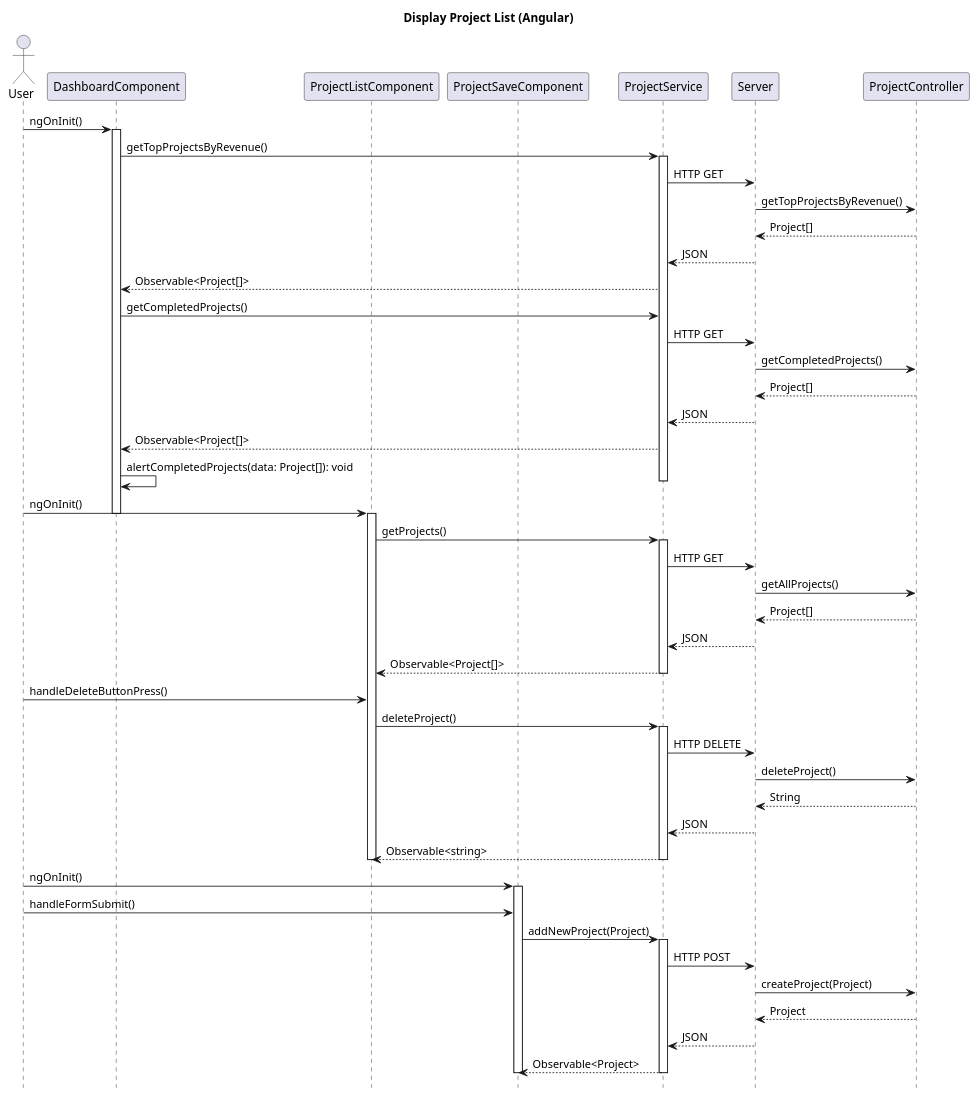
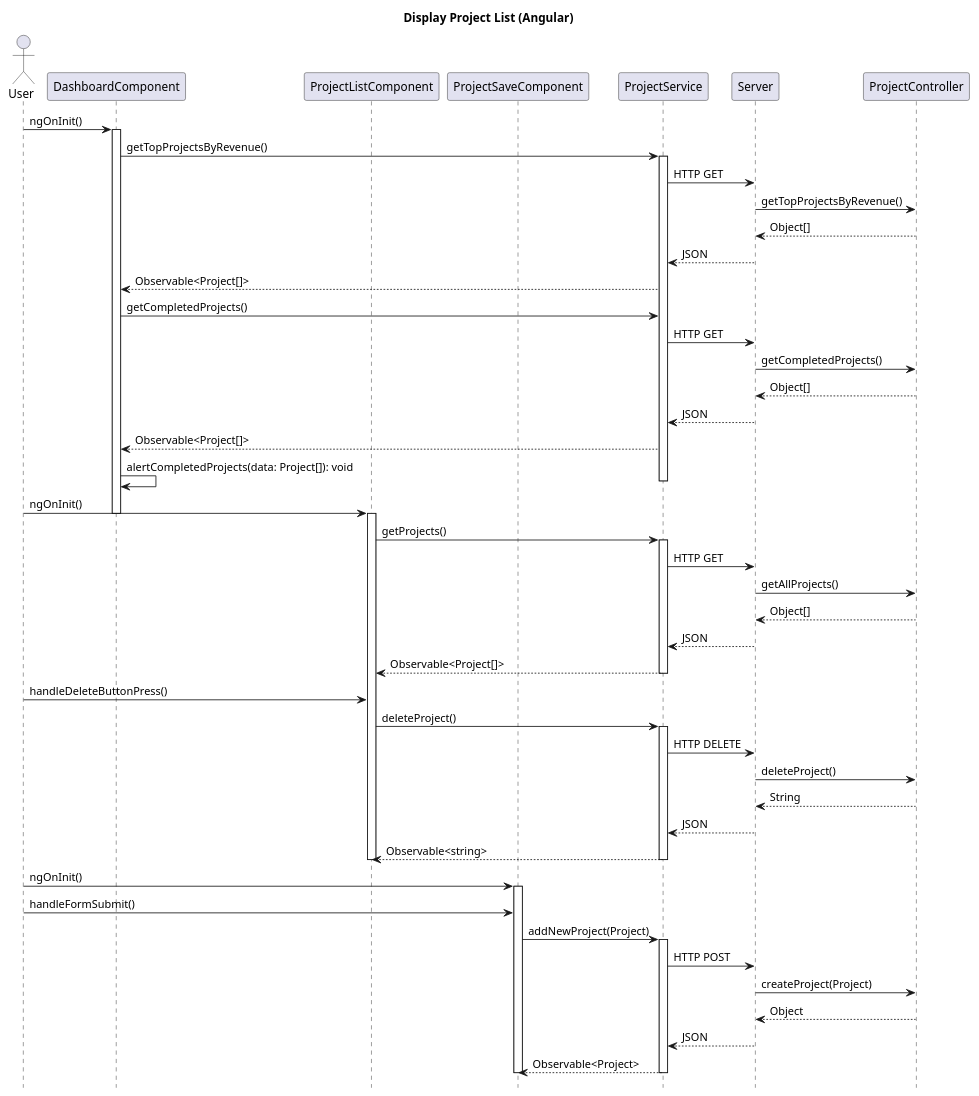
The first of 2 diagrams in diagrams/angular/angular.md (haturusinghe/project-dashboard-angular), drawn with PlantUML before and after one commit. The commit also changed other lines of this file and 1 other file, not shown here.

````diff
--- a/diagrams/angular/angular.md
+++ b/diagrams/angular/angular.md
@@ -4,82 +3,82 @@
 ```plantuml
 
 @startuml
 title Display Project List (Angular)
 hide footbox
 
 actor User
 participant DashboardComponent as DC
 
 participant ProjectListComponent as PLC
 
 participant ProjectSaveComponent as PSC
 
 participant ProjectService as PS
 participant Server as BE
 participant ProjectController as PC
 
 User -> DC: ngOnInit()
 activate DC
 DC -> PS: getTopProjectsByRevenue()
 activate PS
 PS -> BE: HTTP GET 
 BE -> PC: getTopProjectsByRevenue()
-PC --> BE: Project[]
+PC --> BE: Object[]
 BE --> PS: JSON 
 PS --> DC: Observable<Project[]>
 
 
 DC -> PS: getCompletedProjects()
 PS -> BE: HTTP GET 
 BE -> PC: getCompletedProjects()
-PC --> BE: Project[]
+PC --> BE: Object[]
 BE --> PS: JSON 
 PS --> DC: Observable<Project[]>
 DC -> DC: alertCompletedProjects(data: Project[]): void
 deactivate PS
 
 
 User -> PLC: ngOnInit()
 deactivate DC
 activate PLC
 PLC -> PS: getProjects()
 activate PS
 PS -> BE: HTTP GET 
 BE -> PC: getAllProjects()
-PC --> BE: Project[]
+PC --> BE: Object[]
 BE --> PS: JSON 
 PS --> PLC: Observable<Project[]>
 deactivate PS
 
 User -> PLC: handleDeleteButtonPress()
 PLC -> PS: deleteProject()
 activate PS
 PS -> BE: HTTP DELETE 
 BE -> PC: deleteProject()
 PC --> BE: String
 BE --> PS: JSON 
 PS --> PLC: Observable<string>
 deactivate PS
 
 deactivate PLC
 
 User -> PSC: ngOnInit()
 activate PSC
 User -> PSC: handleFormSubmit()
 PSC -> PS: addNewProject(Project)
 activate PS
 PS -> BE: HTTP POST 
 BE -> PC: createProject(Project)
-PC --> BE: Project
+PC --> BE: Object
 BE --> PS: JSON 
 PS --> PSC: Observable<Project>
 deactivate PS
 
 deactivate PSC
 
 
 
 
 @enduml
 
 ```
````
